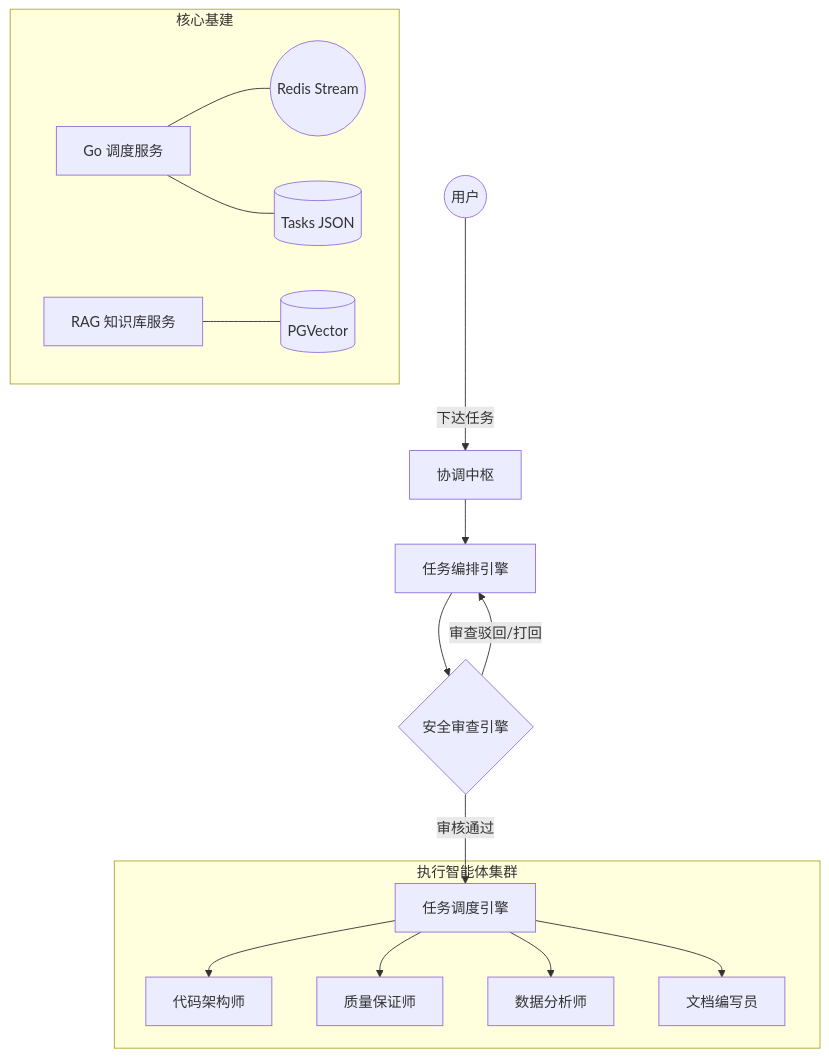
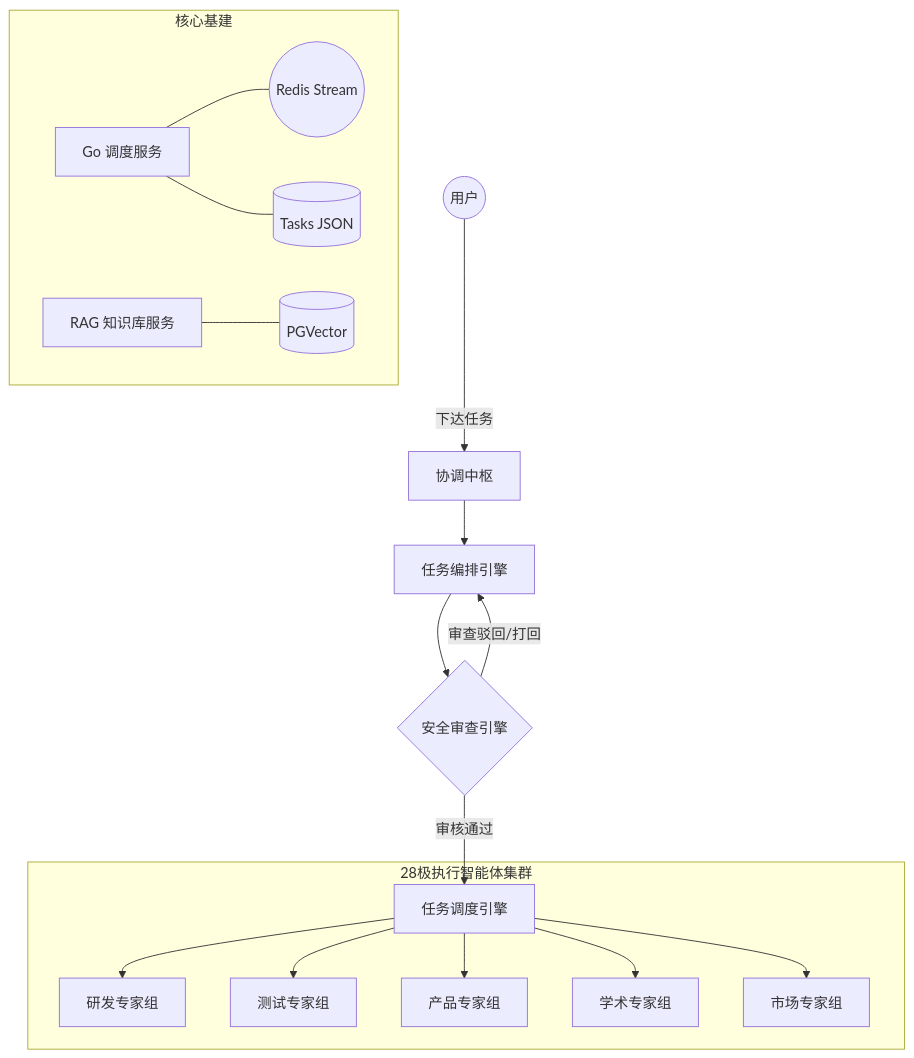
The diagram in README.md (sjoll2116/MutiAgent-with-openclaw), drawn with Mermaid before and after one commit. The commit also changed other lines of this file and 1 other file, not shown here.

Commit message:
更新部署脚本

````diff
--- a/README.md
+++ b/README.md
@@ -22,21 +22,22 @@
 ```mermaid
 graph TD
     User((用户)) -->|下达任务| Coordinator[协调中枢]
     Coordinator --> Planner[任务编排引擎]
     Planner --> Reviewer{安全审查引擎}
     Reviewer -->|审查驳回/打回| Planner
     Reviewer -->|审核通过| Dispatcher[任务调度引擎]
     
-    subgraph "执行智能体集群"
-        Dispatcher --> SE[代码架构师]
-        Dispatcher --> QA[质量保证师]
-        Dispatcher --> DA[数据分析师]
-        Dispatcher --> DW[文档编写员]
+    subgraph "28极执行智能体集群"
+        Dispatcher --> Eng[研发专家组]
+        Dispatcher --> Test[测试专家组]
+        Dispatcher --> Prod[产品专家组]
+        Dispatcher --> Acad[学术专家组]
+        Dispatcher --> Mark[市场专家组]
     end
     
     subgraph "核心基建"
         GoServer[Go 调度服务] --- Redis((Redis Stream))
         GoServer --- TaskDB[(Tasks JSON)]
         RAG[RAG 知识库服务] --- VectorDB[(PGVector)]
     end
 ```
````
